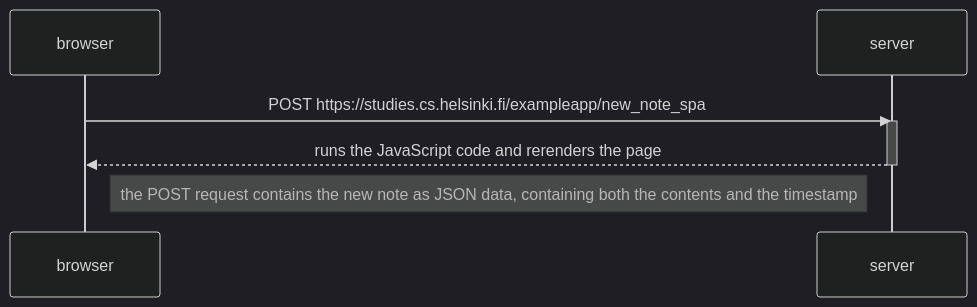
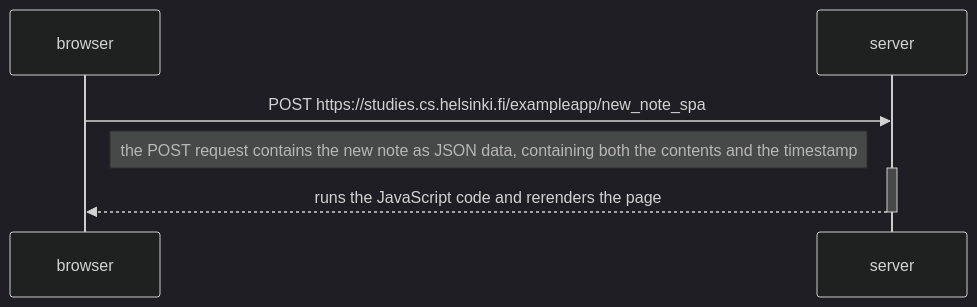
Before and after one commit to chiaxiu/fullstackopen: the diagram in part0/0.5_single_page_app_diagram.md, drawn with Mermaid (dark theme).

````diff
--- a/part0/0.5_single_page_app_diagram.md
+++ b/part0/0.5_single_page_app_diagram.md
@@ -1,13 +1,14 @@
 ```mermaid
 
 sequenceDiagram
     participant browser
     participant server
 
     browser->>server: POST https://studies.cs.helsinki.fi/exampleapp/new_note_spa
+
+    Note right of browser: the POST request contains the new note as JSON data, containing both the contents and the timestamp
+
     activate server
     server-->>browser: runs the JavaScript code and rerenders the page
     deactivate server
-
-    Note right of browser: the POST request contains the new note as JSON data, containing both the contents and the timestamp
 ```
````
